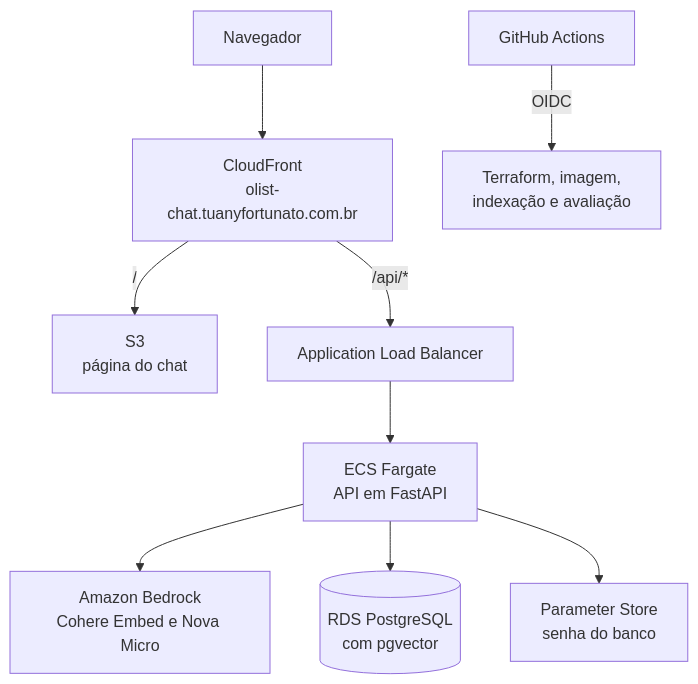
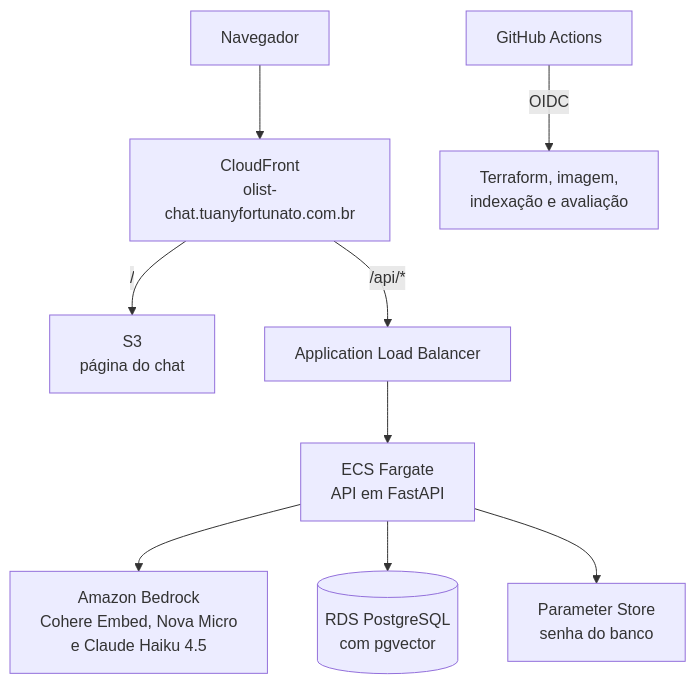
One commit to tuanyfortunato/olist-voc-intelligence-chat changed the second of 2 diagrams in README.md. Above: the diagram before and after it, drawn with Mermaid. The commit also changed other lines of this file and 5 other files, not shown here.

Commit message:
Resposta do chat escrita pelo Claude Haiku 4.5

````diff
--- a/README.md
+++ b/README.md
@@ -206,11 +206,11 @@
 ```mermaid
 flowchart TB
     U[Navegador] --> CF[CloudFront<br/>olist-chat.tuanyfortunato.com.br]
     CF -->|/| S3[S3<br/>página do chat]
     CF -->|/api/*| ALB[Application Load Balancer]
     ALB --> ECS[ECS Fargate<br/>API em FastAPI]
-    ECS --> BR[Amazon Bedrock<br/>Cohere Embed e Nova Micro]
+    ECS --> BR[Amazon Bedrock<br/>Cohere Embed, Nova Micro<br/>e Claude Haiku 4.5]
     ECS --> RDS[(RDS PostgreSQL<br/>com pgvector)]
     ECS --> SSM[Parameter Store<br/>senha do banco]
     GH[GitHub Actions] -->|OIDC| AWS[Terraform, imagem,<br/>indexação e avaliação]
 ```
````
